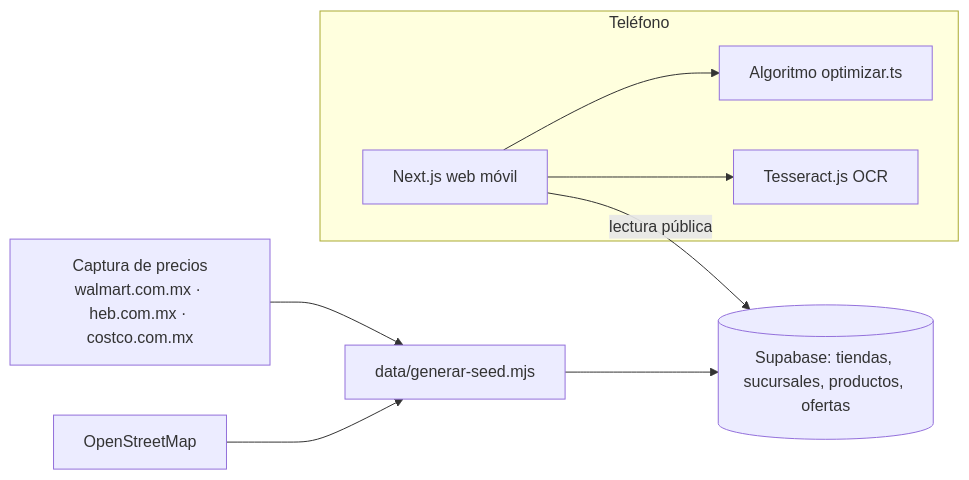
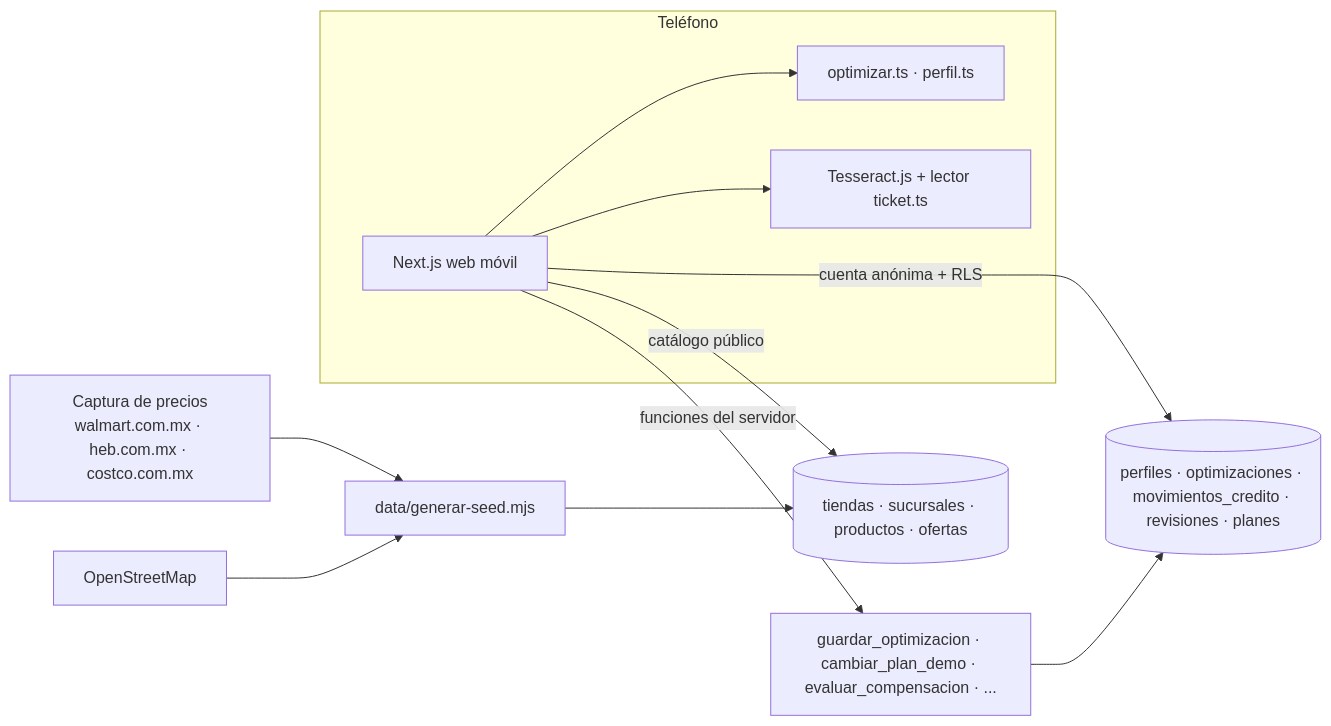
One commit to ddiegocchavez/GreenPath changed the second of 2 diagrams in README.md. Above: the diagram before and after it, drawn with Mermaid. The commit also changed other lines of this file and 4 other files, not shown here.

````diff
--- a/README.md
+++ b/README.md
@@ -21,10 +39,13 @@
 ```mermaid
 flowchart LR
   subgraph Teléfono
-    UI[Next.js web móvil] --> ALG[Algoritmo optimizar.ts]
-    UI --> OCR[Tesseract.js OCR]
+    UI[Next.js web móvil] --> ALG[optimizar.ts · perfil.ts]
+    UI --> OCR[Tesseract.js + lector ticket.ts]
   end
-  UI -- lectura pública --> DB[(Supabase: tiendas, sucursales, productos, ofertas)]
-  CAP[Captura de precios<br/>walmart.com.mx · heb.com.mx · costco.com.mx] --> GEN[data/generar-seed.mjs] --> DB
+  UI -- catálogo público --> CAT[(tiendas · sucursales · productos · ofertas)]
+  UI -- cuenta anónima + RLS --> USR[(perfiles · optimizaciones · movimientos_credito · revisiones · planes)]
+  UI -- funciones del servidor --> RPC[guardar_optimizacion · cambiar_plan_demo · evaluar_compensacion · ...]
+  RPC --> USR
+  CAP[Captura de precios<br/>walmart.com.mx · heb.com.mx · costco.com.mx] --> GEN[data/generar-seed.mjs] --> CAT
   OSM[OpenStreetMap] --> GEN
 ```
````
